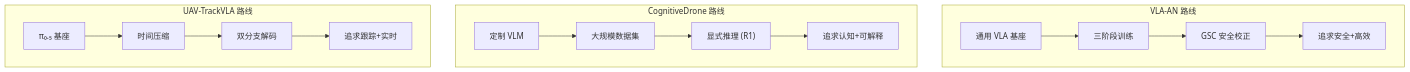
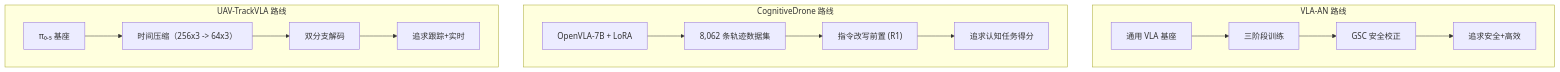
One commit to Qxy661/UAV-WM-VLA-Learning changed the fifth of 6 diagrams in docs/03-VLA专题/02-无人机VLA模型.md. Above: the diagram before and after it, drawn with Mermaid. The commit also changed other lines of this file and 53 other files, not shown here.

````diff
--- a/docs/03-VLA专题/02-无人机VLA模型.md
+++ b/docs/03-VLA专题/02-无人机VLA模型.md
@@ -346,20 +316,20 @@
 ```mermaid
 graph TB
     subgraph "VLA-AN 路线"
         A1["通用 VLA 基座"] --> A2["三阶段训练"]
         A2 --> A3["GSC 安全校正"]
         A3 --> A4["追求安全+高效"]
     end
     
     subgraph "CognitiveDrone 路线"
-        B1["定制 VLM"] --> B2["大规模数据集"]
-        B2 --> B3["显式推理 (R1)"]
-        B3 --> B4["追求认知+可解释"]
+        B1["OpenVLA-7B + LoRA"] --> B2["8,062 条轨迹数据集"]
+        B2 --> B3["指令改写前置 (R1)"]
+        B3 --> B4["追求认知任务得分"]
     end
     
     subgraph "UAV-TrackVLA 路线"
-        C1["π₀.₅ 基座"] --> C2["时间压缩"]
+        C1["π₀.₅ 基座"] --> C2["时间压缩（256x3 -> 64x3）"]
         C2 --> C3["双分支解码"]
         C3 --> C4["追求跟踪+实时"]
     end
 ```
````
